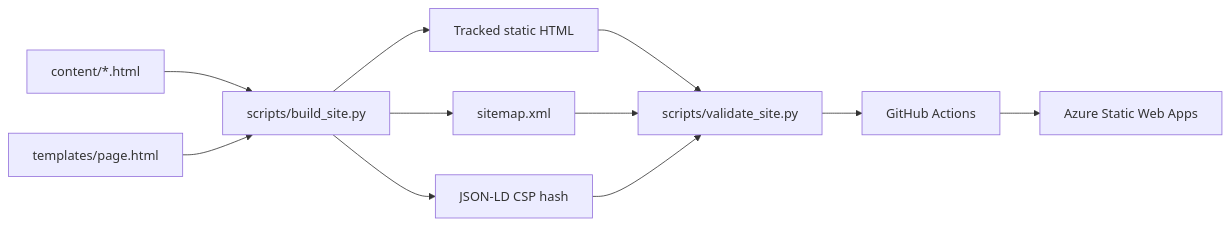
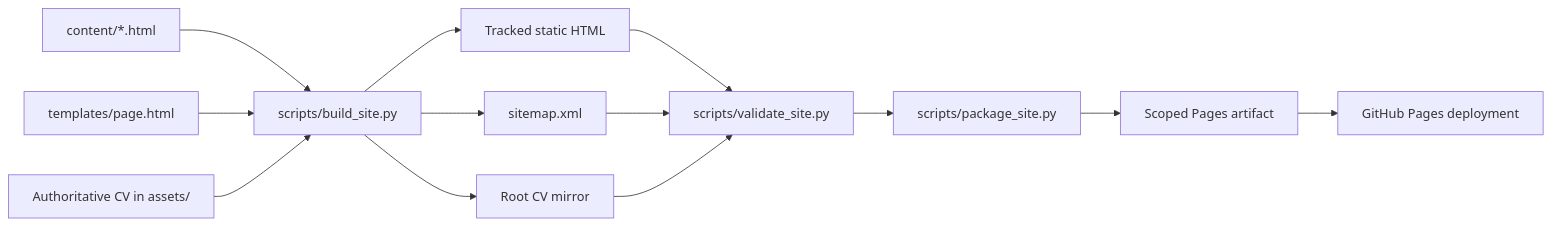
Before and after one commit to yossefseit/yossefseit.github.io: the diagram in README.md, drawn with Mermaid. The commit also changed other lines of this file and 46 other files, not shown here.

Commit message:
Migrate portfolio delivery and public links to GitHub Pages

````diff
--- a/README.md
+++ b/README.md
@@ -72,13 +71,15 @@
 ```mermaid
 flowchart LR
     Content["content/*.html"] --> Generator["scripts/build_site.py"]
     Shell["templates/page.html"] --> Generator
+    CVSource["Authoritative CV in assets/"] --> Generator
     Generator --> Pages["Tracked static HTML"]
     Generator --> Sitemap["sitemap.xml"]
-    Generator --> CSP["JSON-LD CSP hash"]
+    Generator --> CVMirror["Root CV mirror"]
     Pages --> Validator["scripts/validate_site.py"]
     Sitemap --> Validator
-    CSP --> Validator
-    Validator --> Workflow["GitHub Actions"]
-    Workflow --> SWA["Azure Static Web Apps"]
+    CVMirror --> Validator
+    Validator --> Package["scripts/package_site.py"]
+    Package --> Artifact["Scoped Pages artifact"]
+    Artifact --> Deploy["GitHub Pages deployment"]
 ```
````
